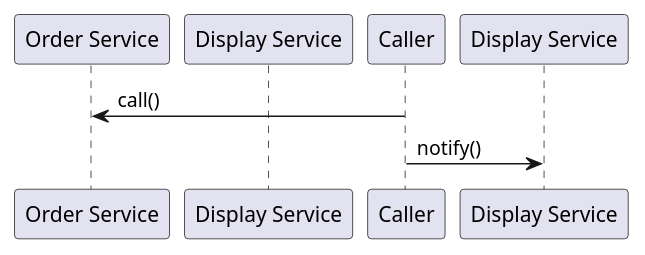
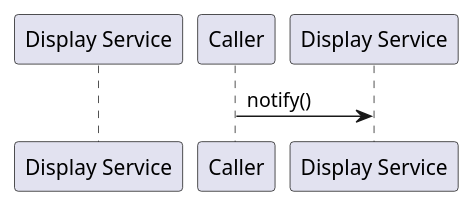
The diagram in plantuml/parser/integration_test/cross_diagram/prose_without_alias/sequence_diagram.puml (eclipse-score/tooling), drawn with PlantUML before and after one commit. The commit also changed 82 other files, not shown here.

Commit message:
[plantuml tooling] refactor sequence diagram uid

```diff
--- a/plantuml/parser/integration_test/cross_diagram/prose_without_alias/sequence_diagram.puml
+++ b/plantuml/parser/integration_test/cross_diagram/prose_without_alias/sequence_diagram.puml
@@ -13,6 +13,4 @@
 @startuml
-participant "Order Service"
 participant "Display Service" as DisplayService
-Caller -> "Order Service" : call()
 Caller -> "Display Service" : notify()
 @enduml
```
